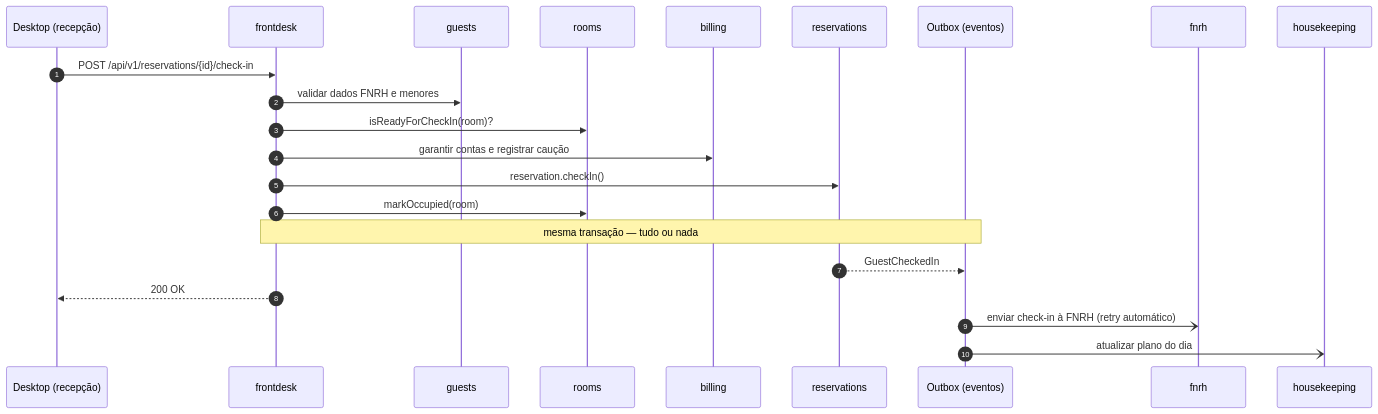
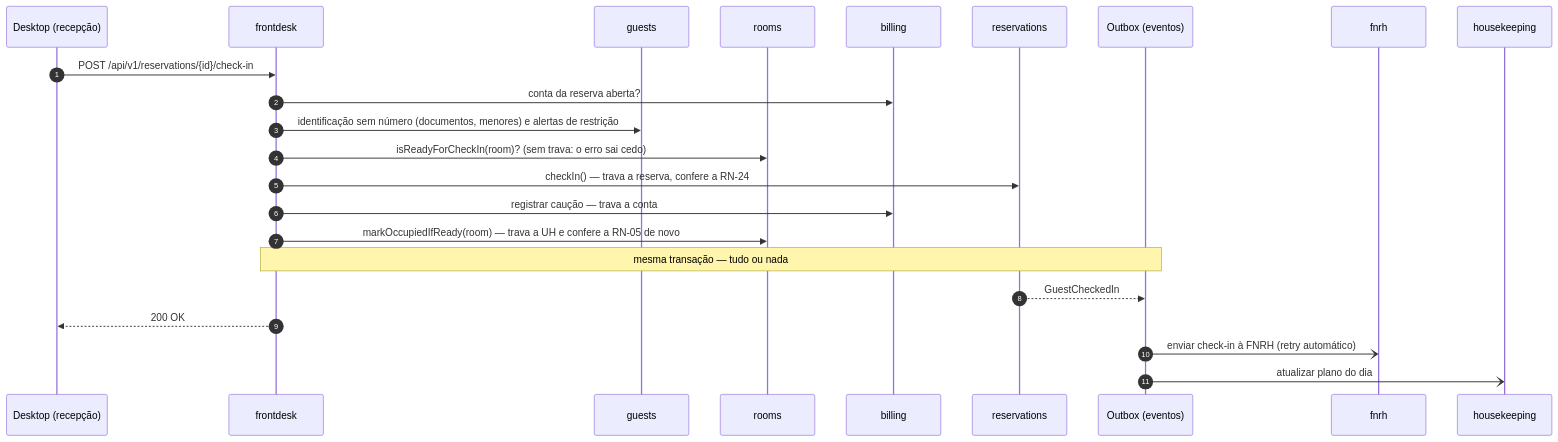
Before and after one commit to caiocdias/ZenyHotelManager: the third of 6 diagrams in docs/ARCHITECTURE.md, drawn with Mermaid. The commit also changed other lines of this file and 28 other files, not shown here.

````diff
--- a/docs/ARCHITECTURE.md
+++ b/docs/ARCHITECTURE.md
@@ -258,25 +258,26 @@
 ```mermaid
 sequenceDiagram
   autonumber
   participant C as Desktop (recepção)
   participant FD as frontdesk
   participant G as guests
   participant RM as rooms
   participant B as billing
   participant R as reservations
   participant OB as Outbox (eventos)
   participant F as fnrh
   participant HK as housekeeping
 
   C->>FD: POST /api/v1/reservations/{id}/check-in
-  FD->>G: validar dados FNRH e menores
-  FD->>RM: isReadyForCheckIn(room)?
-  FD->>B: garantir contas e registrar caução
-  FD->>R: reservation.checkIn()
-  FD->>RM: markOccupied(room)
+  FD->>B: conta da reserva aberta?
+  FD->>G: identificação sem número (documentos, menores) e alertas de restrição
+  FD->>RM: isReadyForCheckIn(room)? (sem trava: o erro sai cedo)
+  FD->>R: checkIn() — trava a reserva, confere a RN-24
+  FD->>B: registrar caução — trava a conta
+  FD->>RM: markOccupiedIfReady(room) — trava a UH e confere a RN-05 de novo
   Note over FD,OB: mesma transação — tudo ou nada
   R-->>OB: GuestCheckedIn
   FD-->>C: 200 OK
   OB-)F: enviar check-in à FNRH (retry automático)
   OB-)HK: atualizar plano do dia
 ```
````
